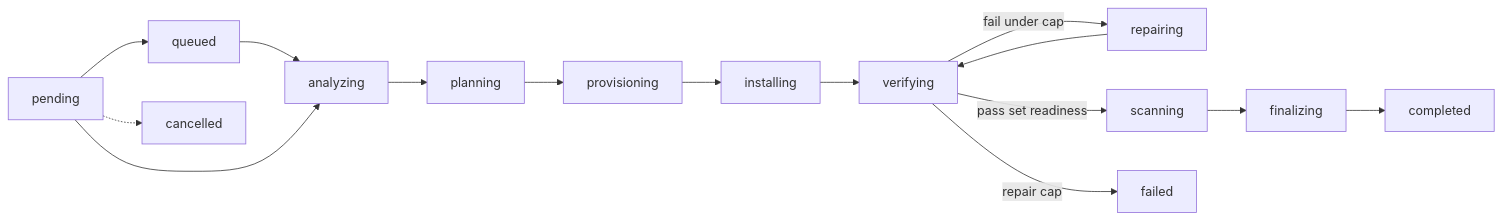
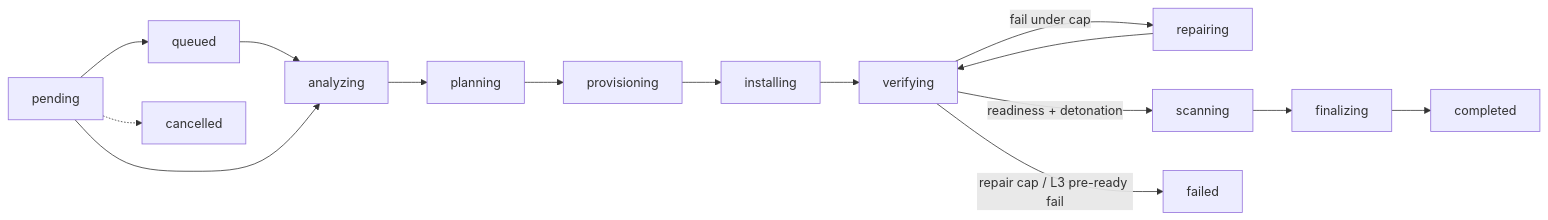
One commit to ludvigodin/killhub changed the fourth of 6 diagrams in ARCHITECTURE.md. Above: the diagram before and after it, drawn with Mermaid. The commit also changed other lines of this file and 35 other files, not shown here.

````diff
--- a/ARCHITECTURE.md
+++ b/ARCHITECTURE.md
@@ -366,15 +477,15 @@
 ```mermaid
 flowchart LR
   pending --> queued
   queued --> analyzing
   pending --> analyzing
   analyzing --> planning --> provisioning --> installing
   installing --> verifying
   verifying -->|"fail under cap"| repairing
   repairing --> verifying
-  verifying -->|pass set readiness| scanning
+  verifying -->|"readiness + detonation"| scanning
   scanning --> finalizing
   finalizing --> completed
-  verifying -->|"repair cap"| failed
+  verifying -->|"repair cap / L3 pre-ready fail"| failed
   pending -.-> cancelled
 ```
````
